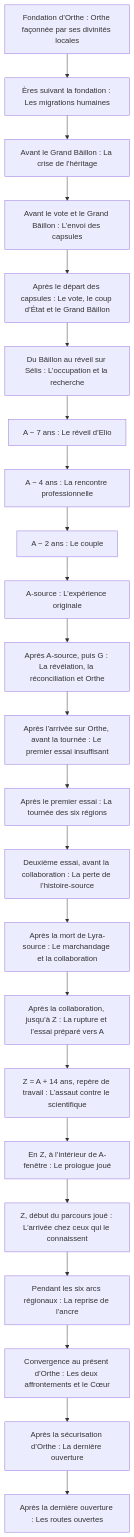
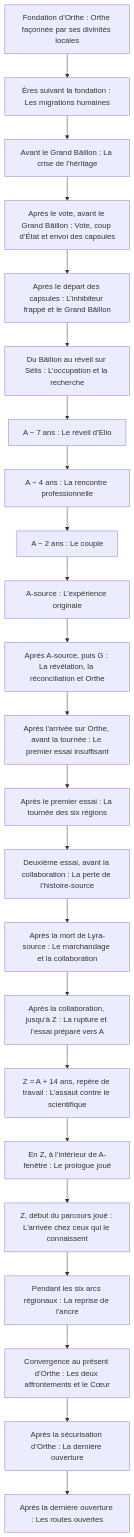
The diagram in docs/Story/lecture/04_CHRONOLOGIE.md (Kichnifou/GachaImpact), drawn with Mermaid before and after one commit. The commit also changed other lines of this file and 7 other files, not shown here.

````diff
--- a/docs/Story/lecture/04_CHRONOLOGIE.md
+++ b/docs/Story/lecture/04_CHRONOLOGIE.md
@@ -8,48 +8,48 @@
 ```mermaid
 flowchart TD
   E0["Fondation d’Orthe : Orthe façonnée par ses divinités locales"]
   E1["Ères suivant la fondation : Les migrations humaines"]
   E2["Avant le Grand Bâillon : La crise de l’héritage"]
-  E3["Avant le vote et le Grand Bâillon : L’envoi des capsules"]
-  E4["Après le départ des capsules : Le vote, le coup d’État et le Grand Bâillon"]
+  E3["Après le vote, avant le Grand Bâillon : Vote, coup d’État et envoi des capsules"]
+  E4["Après le départ des capsules : L’inhibiteur frappé et le Grand Bâillon"]
   E5["Du Bâillon au réveil sur Sélis : L’occupation et la recherche"]
   E6["A − 7 ans : Le réveil d’Elio"]
   E7["A − 4 ans : La rencontre professionnelle"]
   E8["A − 2 ans : Le couple"]
   E9["A-source : L’expérience originale"]
   E10["Après A-source, puis G : La révélation, la réconciliation et Orthe"]
   E11["Après l’arrivée sur Orthe, avant la tournée : Le premier essai insuffisant"]
   E12["Après le premier essai : La tournée des six régions"]
   E13["Deuxième essai, avant la collaboration : La perte de l’histoire-source"]
   E14["Après la mort de Lyra-source : Le marchandage et la collaboration"]
   E15["Après la collaboration, jusqu’à Z : La rupture et l’essai préparé vers A"]
   E16["Z = A + 14 ans, repère de travail : L’assaut contre le scientifique"]
   E17["En Z, à l’intérieur de A-fenêtre : Le prologue joué"]
   E18["Z, début du parcours joué : L’arrivée chez ceux qui le connaissent"]
   E19["Pendant les six arcs régionaux : La reprise de l’ancre"]
   E20["Convergence au présent d’Orthe : Les deux affrontements et le Cœur"]
   E21["Après la sécurisation d’Orthe : La dernière ouverture"]
   E22["Après la dernière ouverture : Les routes ouvertes"]
   E0 --> E1
   E1 --> E2
   E2 --> E3
   E3 --> E4
   E4 --> E5
   E5 --> E6
   E6 --> E7
   E7 --> E8
   E8 --> E9
   E9 --> E10
   E10 --> E11
   E11 --> E12
   E12 --> E13
   E13 --> E14
   E14 --> E15
   E15 --> E16
   E16 --> E17
   E17 --> E18
   E18 --> E19
   E19 --> E20
   E20 --> E21
   E21 --> E22
 ```
````
